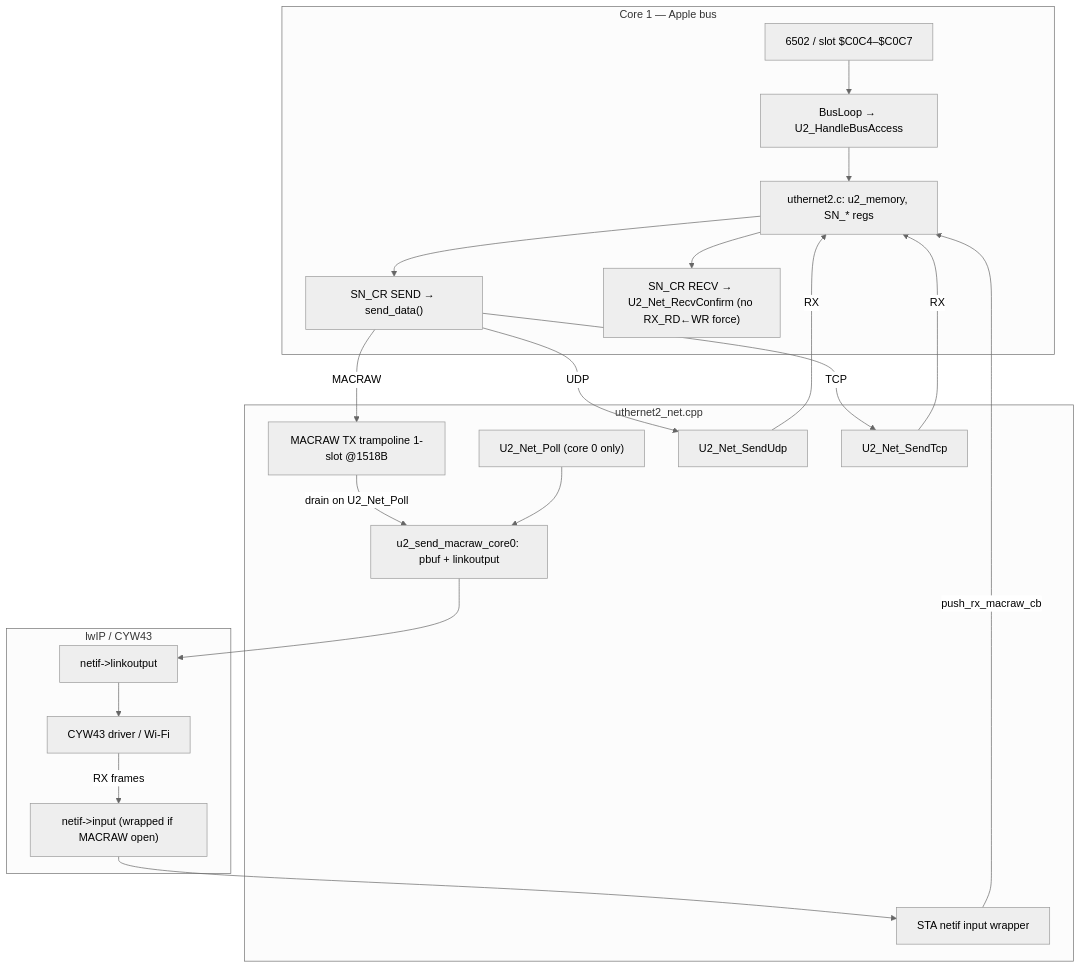
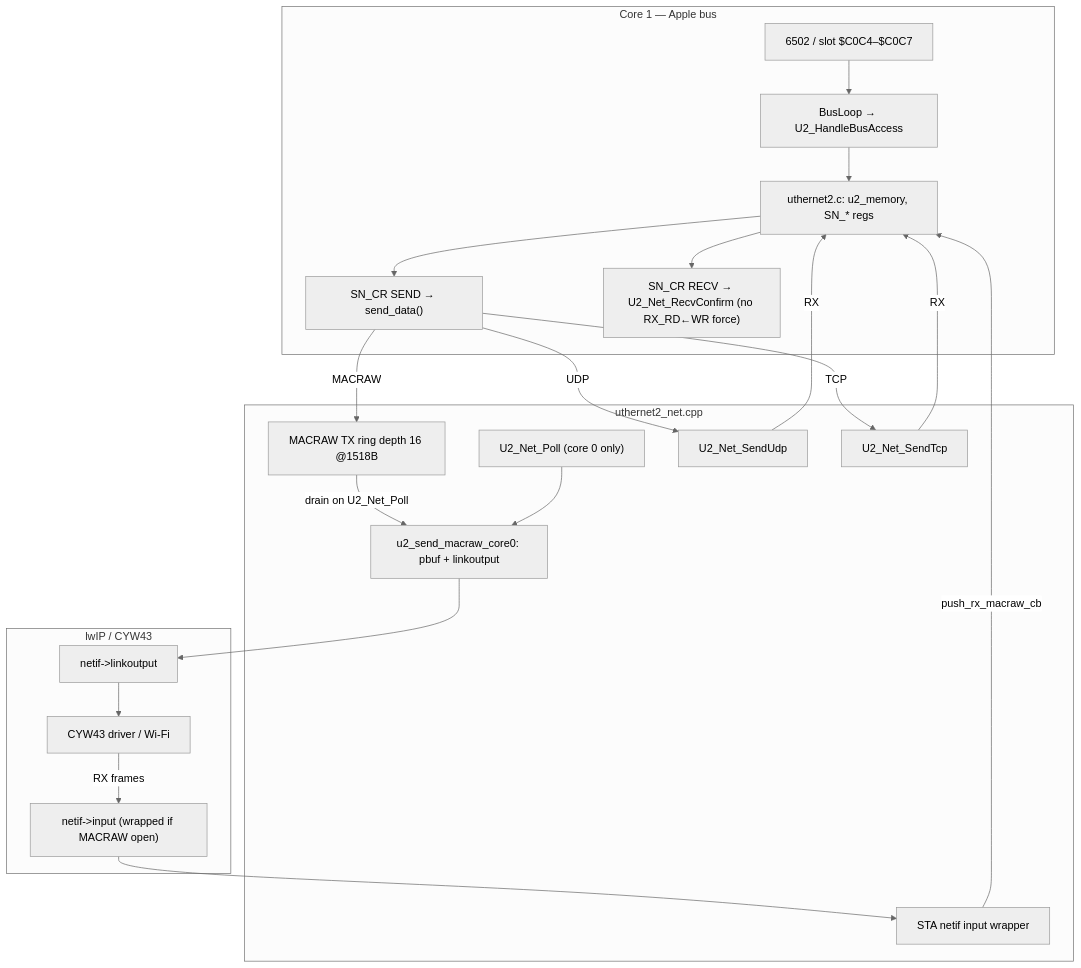
One commit to eositis/MegaFlash changed the first of 4 diagrams in docs/Uthernet-II-stack-architecture-and-todos.md. Above: the diagram before and after it, drawn with Mermaid (neutral theme). The commit also changed other lines of this file and 6 other files, not shown here.

First line of the commit message:
Add MACRAW TX ring and honest Sn_TX_RD for burst egress (P0-2 §10z).

````diff
--- a/docs/Uthernet-II-stack-architecture-and-todos.md
+++ b/docs/Uthernet-II-stack-architecture-and-todos.md
@@ -41,41 +43,41 @@
 ```mermaid
 flowchart TB
   subgraph Core1["Core 1 — Apple bus"]
     A2["6502 / slot $C0C4–$C0C7"]
     BL["BusLoop → U2_HandleBusAccess"]
     EMU["uthernet2.c: u2_memory, SN_* regs"]
     SEND["SN_CR SEND → send_data()"]
     RECV["SN_CR RECV → U2_Net_RecvConfirm (no RX_RD←WR force)"]
     A2 --> BL --> EMU
     EMU --> SEND
     EMU --> RECV
   end
 
   subgraph Bridge["uthernet2_net.cpp"]
-    Q["MACRAW TX trampoline 1-slot @1518B"]
+    Q["MACRAW TX ring depth 16 @1518B"]
     Poll["U2_Net_Poll (core 0 only)"]
     Wrap["STA netif input wrapper"]
     Core0Tx["u2_send_macraw_core0: pbuf + linkoutput"]
     UDP["U2_Net_SendUdp"]
     TCP["U2_Net_SendTcp"]
   end
 
   subgraph LWIP["lwIP / CYW43"]
     IN["netif->input (wrapped if MACRAW open)"]
     LO["netif->linkoutput"]
     CYW["CYW43 driver / Wi-Fi"]
   end
 
   SEND -->|"MACRAW"| Q
   Q -->|"drain on U2_Net_Poll"| Core0Tx
   SEND -->|"UDP"| UDP
   SEND -->|"TCP"| TCP
   Poll --> Core0Tx
   Core0Tx --> LO --> CYW
 
   CYW -->|"RX frames"| IN
   IN --> Wrap
   Wrap -->|"push_rx_macraw_cb"| EMU
   UDP -->|"RX"| EMU
   TCP -->|"RX"| EMU
 ```
````
